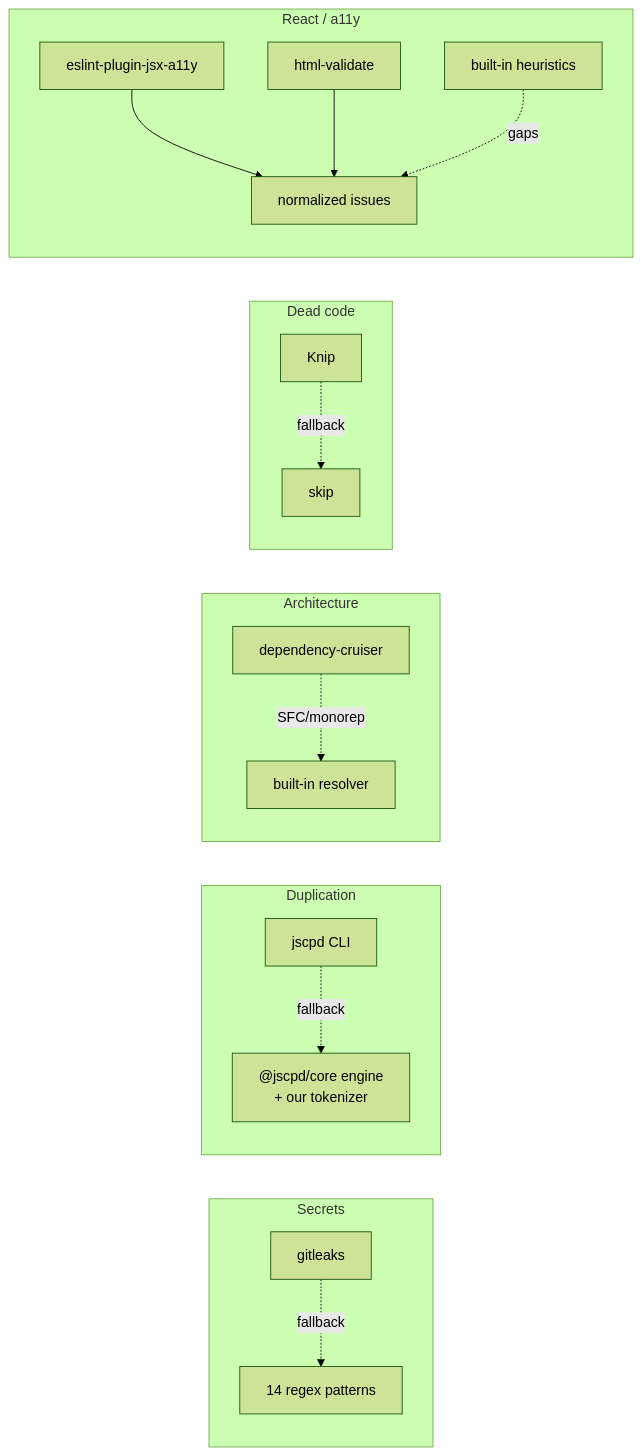
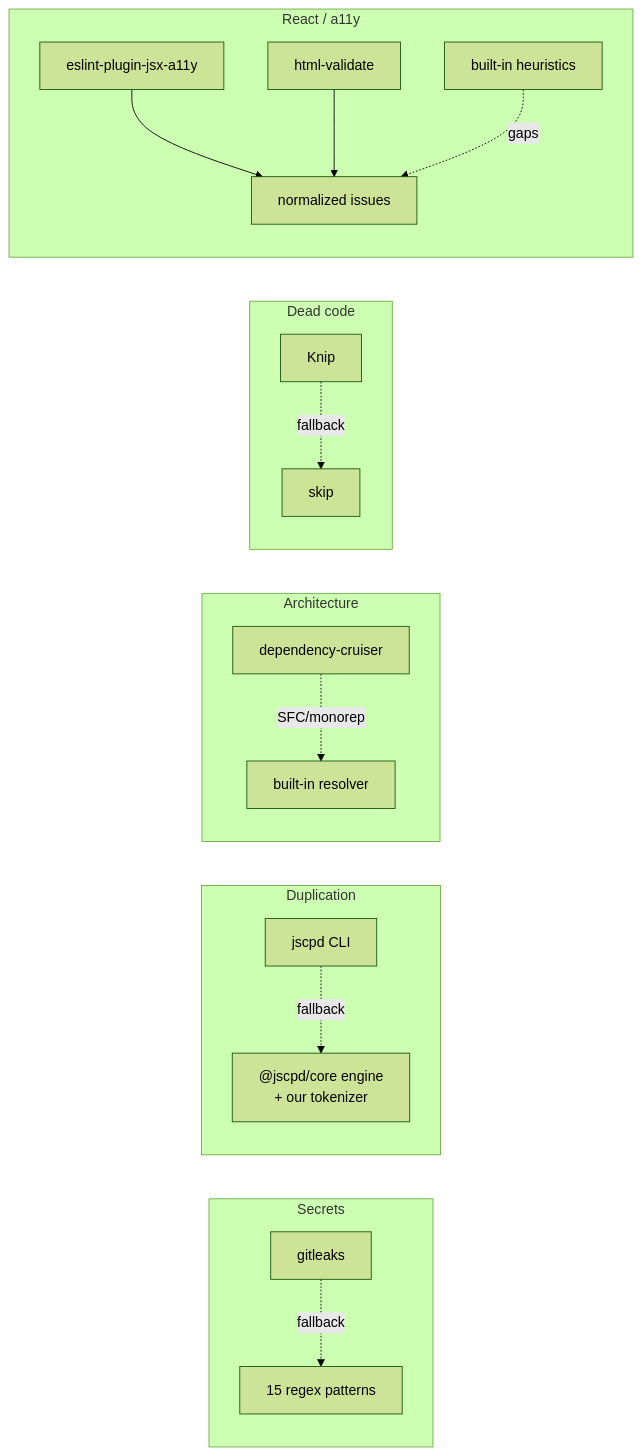
One commit to vibecodeqa/vibecodeqa changed the second of 3 diagrams in docs/docs/architecture.md. Above: the diagram before and after it, drawn with Mermaid (forest theme). The commit also changed other lines of this file and 6 other files, not shown here.

````diff
--- a/docs/docs/architecture.md
+++ b/docs/docs/architecture.md
@@ -31,20 +31,20 @@
 ```mermaid
 flowchart LR
   subgraph Secrets
-    S1[gitleaks] -.fallback.-> S2[14 regex patterns]
+    S1[gitleaks] -.fallback.-> S2[15 regex patterns]
   end
   subgraph Duplication
     D1[jscpd CLI] -.fallback.-> D2["@jscpd/core engine<br/>+ our tokenizer"]
   end
   subgraph Architecture
     A1[dependency-cruiser] -.SFC/monorepo.-> A2[built-in resolver]
   end
   subgraph Dead code
     K1[Knip] -.fallback.-> K2[skip]
   end
   subgraph React / a11y
     R1[eslint-plugin-jsx-a11y] --> R2[normalized issues]
     R3[html-validate] --> R2
     R4[built-in heuristics] -.gaps.-> R2
   end
 ```
````
